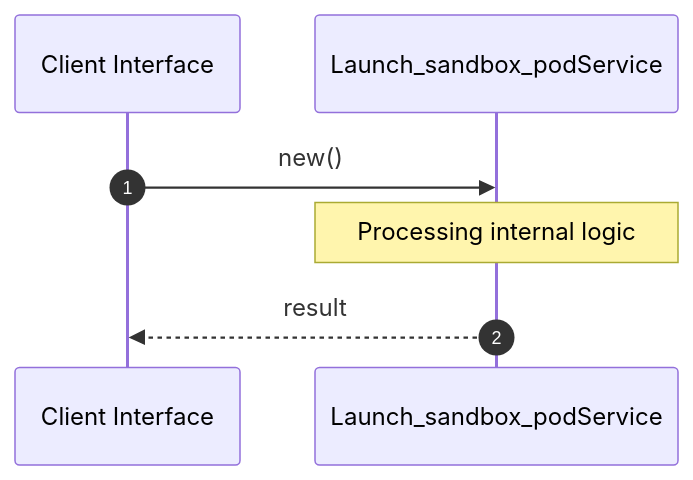
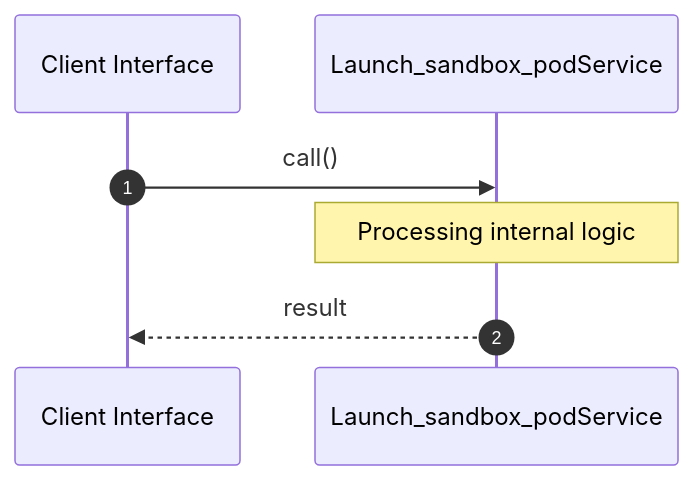
The second of 2 diagrams in openwiki/crates_factory-mcp-server_src_tools_launch_sandbox_pod_rs.md (lgcorzo/rust_CACD_autonomous_factory), drawn with Mermaid before and after one commit. The commit also changed other lines of this file and 76 other files, not shown here.

````diff
--- a/openwiki/crates_factory-mcp-server_src_tools_launch_sandbox_pod_rs.md
+++ b/openwiki/crates_factory-mcp-server_src_tools_launch_sandbox_pod_rs.md
@@ -131,10 +131,10 @@
 ```mermaid
 sequenceDiagram
     autonumber
     participant Caller as Client Interface
     participant Svc as Launch_sandbox_podService
-    Caller->>Svc: new()
+    Caller->>Svc: call()
     Note over Svc: Processing internal logic
     Svc-->>Caller: result
 
 ```
````
